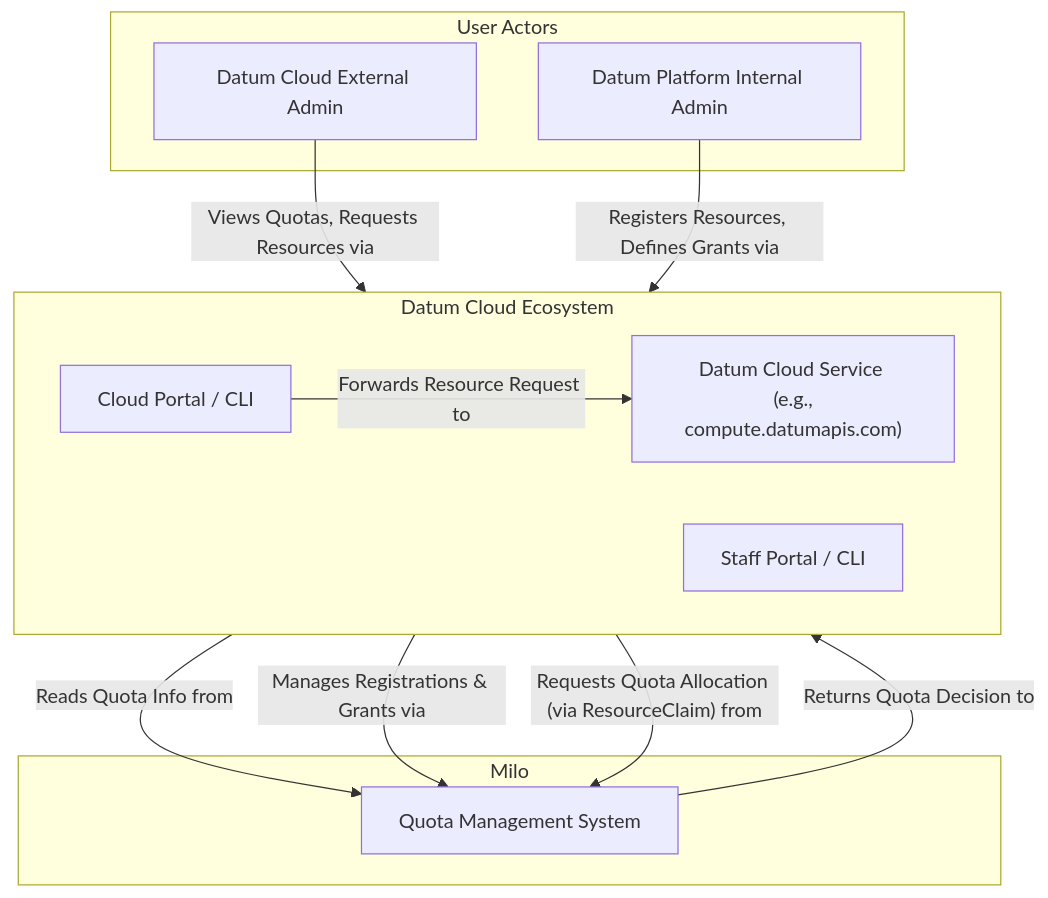
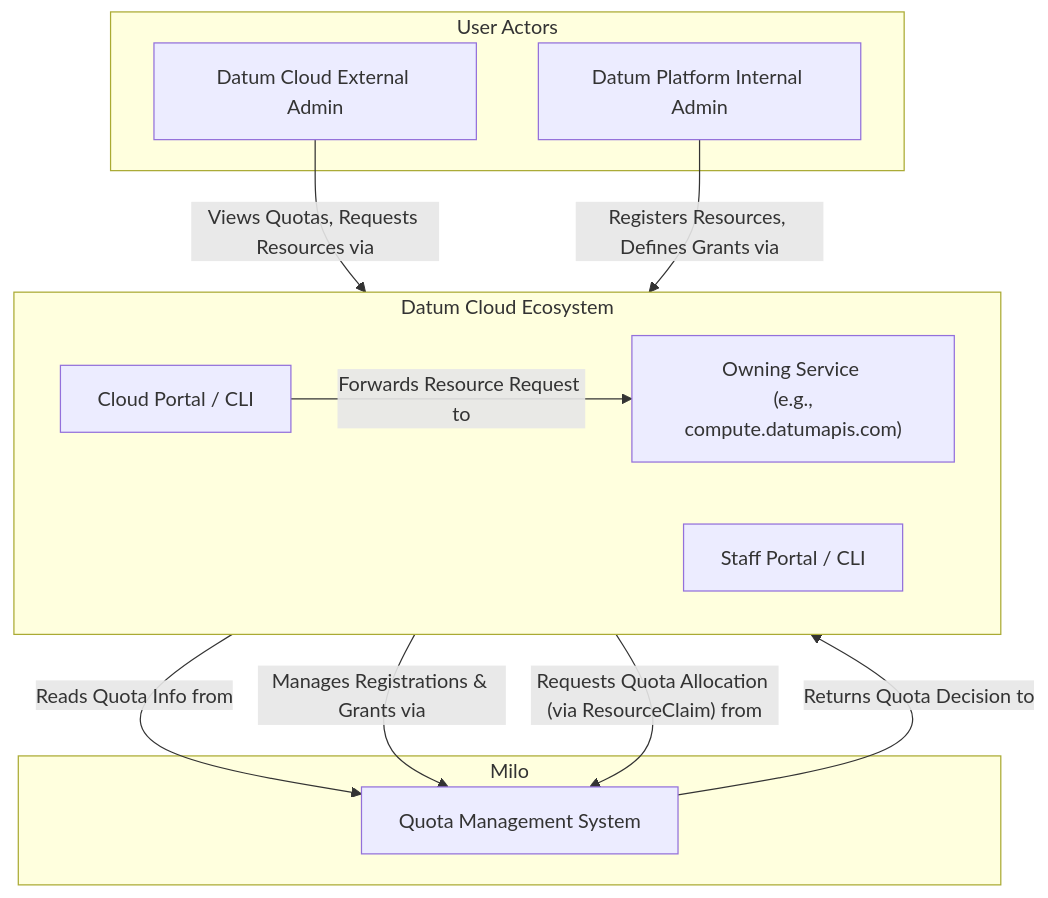
One commit to datum-cloud/enhancements changed the diagram in enhancements/platform/quota-management/README.md. Above: the diagram before and after it, drawn with Mermaid. The commit also changed other lines of this file, not shown here.

Commit message:
enh(quota): updates document in many places

````diff
--- a/enhancements/platform/quota-management/README.md
+++ b/enhancements/platform/quota-management/README.md
@@ -1127,32 +849,32 @@
 ```mermaid
 %% C1 - System Context Diagram: Milo Quota Management System
 graph TD
     subgraph User Actors
         ExternalAdmin["Datum Cloud External Admin"]
         DatumPlatformAdminEmployee["Datum Platform Internal Admin"]
     end
 
     subgraph DatumCloudEcosystem["Datum Cloud Ecosystem"]
         direction LR
         CloudPortalCLI["Cloud Portal / CLI"]
         StaffPortalCLI["Staff Portal / CLI"]
-        PCPService["Datum Cloud Service <br/> (e.g., compute.datumapis.com)"]
+        OwningService["Owning Service <br/> (e.g., compute.datumapis.com)"]
     end
 
     subgraph MiloCentralServices ["Milo"]
         QuotaSystem["Quota Management System"]
     end
 
     %% External Admin interactions
     ExternalAdmin -- "Views Quotas, Requests Resources via" --> CloudPortalCLI
-    CloudPortalCLI -- "Forwards Resource Request to" --> PCPService
+    CloudPortalCLI -- "Forwards Resource Request to" --> OwningService
     CloudPortalCLI -- "Reads Quota Info from" --> QuotaSystem
 
     %% Internal Admin interactions
     DatumPlatformAdminEmployee -- "Registers Resources, Defines Grants via" --> StaffPortalCLI
     StaffPortalCLI -- "Manages Registrations & Grants via" --> QuotaSystem
 
     %% System interactions
-    PCPService -- "Requests Quota Allocation (via ResourceClaim) from" --> QuotaSystem
-    QuotaSystem -- "Returns Quota Decision to" --> PCPService
+    OwningService -- "Requests Quota Allocation (via ResourceClaim) from" --> QuotaSystem
+    QuotaSystem -- "Returns Quota Decision to" --> OwningService
 ```
````
